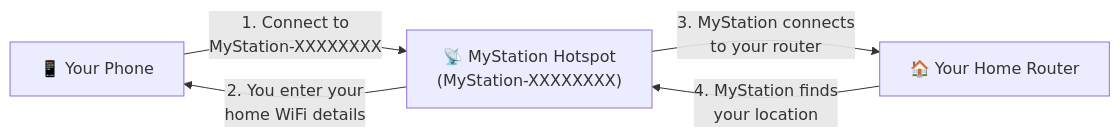
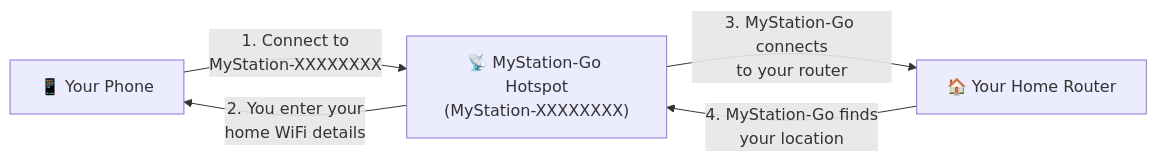
One commit to gogo-boot/mystation-landing changed the first of 3 diagrams in docs/user-guide/network-setup.md. Above: the diagram before and after it, drawn with Mermaid. The commit also changed other lines of this file and 15 other files, not shown here.

````diff
--- a/docs/user-guide/network-setup.md
+++ b/docs/user-guide/network-setup.md
@@ -30,10 +30,10 @@
 ```mermaid
 graph LR
     Phone["📱 Your Phone"]
-    AP["📡 MyStation Hotspot\n(MyStation-XXXXXXXX)"]
+    AP["📡 MyStation-Go Hotspot\n(MyStation-XXXXXXXX)"]
     Router["🏠 Your Home Router"]
     Phone -- " 1. Connect to\nMyStation-XXXXXXXX " --> AP
     AP -- " 2. You enter your\nhome WiFi details " --> Phone
-    AP -- " 3. MyStation connects\nto your router " --> Router
-    Router -- " 4. MyStation finds\nyour location " --> AP
+    AP -- " 3. MyStation-Go connects\nto your router " --> Router
+    Router -- " 4. MyStation-Go finds\nyour location " --> AP
 ```
````
